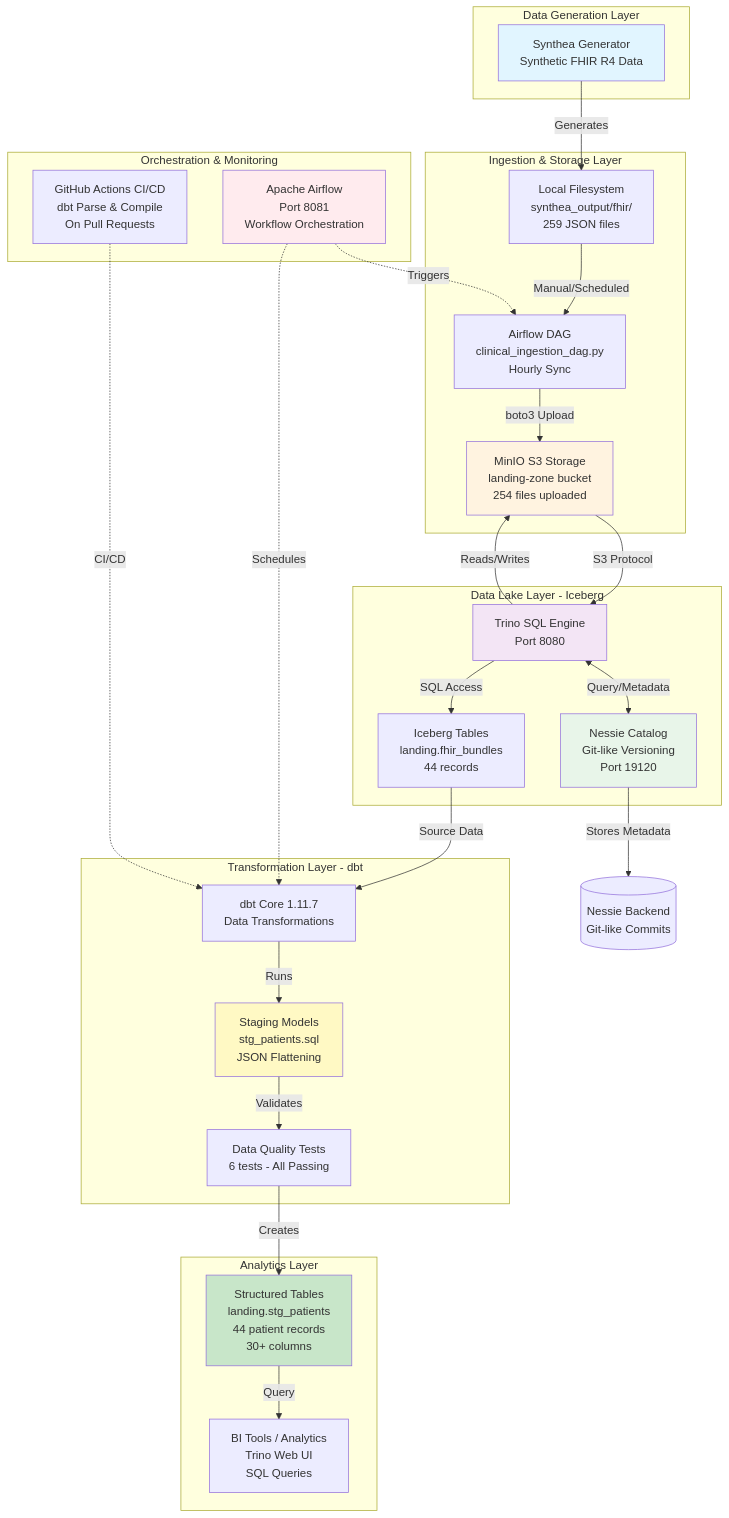
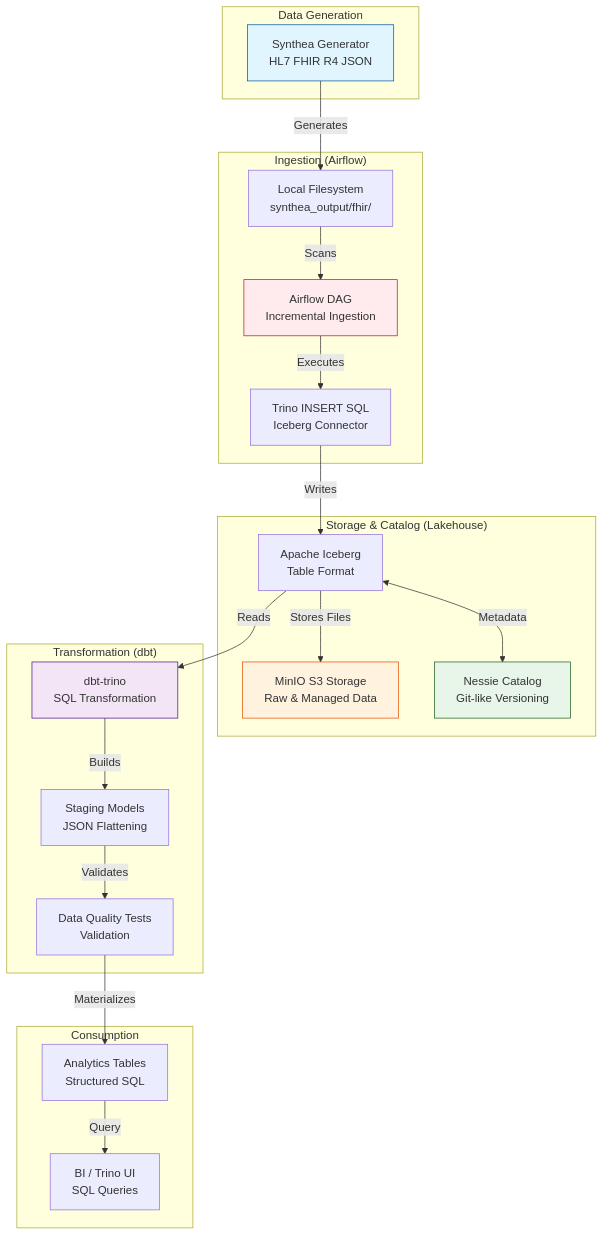
Before and after one commit to meedaycodes/healthcare-data-mesh: the diagram in DATAFLOW_DIAGRAM.md, drawn with Mermaid. The commit also changed other lines of this file and 5 other files, not shown here.

Commit message:
docs: overhaul documentation with senior architect-level README and updated dataflow diagram

````diff
--- a/DATAFLOW_DIAGRAM.md
+++ b/DATAFLOW_DIAGRAM.md
@@ -5,64 +9,49 @@
 ```mermaid
 graph TB
-    subgraph "Data Generation Layer"
-        A[Synthea Generator<br/>Synthetic FHIR R4 Data]
+    subgraph "Data Generation"
+        A[Synthea Generator<br/>HL7 FHIR R4 JSON]
     end
 
-    subgraph "Ingestion & Storage Layer"
-        B[Local Filesystem<br/>synthea_output/fhir/<br/>259 JSON files]
-        C[Airflow DAG<br/>clinical_ingestion_dag.py<br/>Hourly Sync]
-        D[MinIO S3 Storage<br/>landing-zone bucket<br/>254 files uploaded]
+    subgraph "Ingestion (Airflow)"
+        B[Local Filesystem<br/>synthea_output/fhir/]
+        C[Airflow DAG<br/>Incremental Ingestion]
+        D[Trino INSERT SQL<br/>Iceberg Connector]
     end
 
-    subgraph "Data Lake Layer - Iceberg"
-        E[Trino SQL Engine<br/>Port 8080]
-        F[Nessie Catalog<br/>Git-like Versioning<br/>Port 19120]
-        G[Iceberg Tables<br/>landing.fhir_bundles<br/>44 records]
+    subgraph "Storage & Catalog (Lakehouse)"
+        E[MinIO S3 Storage<br/>Raw & Managed Data]
+        F[Nessie Catalog<br/>Git-like Versioning]
+        G[Apache Iceberg<br/>Table Format]
     end
 
-    subgraph "Transformation Layer - dbt"
-        H[dbt Core 1.11.7<br/>Data Transformations]
-        I[Staging Models<br/>stg_patients.sql<br/>JSON Flattening]
-        J[Data Quality Tests<br/>6 tests - All Passing]
+    subgraph "Transformation (dbt)"
+        H[dbt-trino<br/>SQL Transformation]
+        I[Staging Models<br/>JSON Flattening]
+        J[Data Quality Tests<br/>Validation]
     end
 
-    subgraph "Analytics Layer"
-        K[Structured Tables<br/>landing.stg_patients<br/>44 patient records<br/>30+ columns]
-        L[BI Tools / Analytics<br/>Trino Web UI<br/>SQL Queries]
-    end
-
-    subgraph "Orchestration & Monitoring"
-        M[Apache Airflow<br/>Port 8081<br/>Workflow Orchestration]
-        N[GitHub Actions CI/CD<br/>dbt Parse & Compile<br/>On Pull Requests]
+    subgraph "Consumption"
+        K[Analytics Tables<br/>Structured SQL]
+        L[BI / Trino UI<br/>SQL Queries]
     end
 
     %% Data Flow
     A -->|Generates| B
-    B -->|Manual/Scheduled| C
-    C -->|boto3 Upload| D
-    D -->|S3 Protocol| E
-    E <-->|Query/Metadata| F
-    E -->|SQL Access| G
-    G -->|Source Data| H
-    H -->|Runs| I
+    B -->|Scans| C
+    C -->|Executes| D
+    D -->|Writes| G
+    G -->|Stores Files| E
+    G <-->|Metadata| F
+    G -->|Reads| H
+    H -->|Builds| I
     I -->|Validates| J
-    J -->|Creates| K
+    J -->|Materializes| K
     K -->|Query| L
 
-    %% Orchestration
-    M -.->|Triggers| C
-    M -.->|Schedules| H
-    N -.->|CI/CD| H
-
-    %% Storage Backend
-    F -->|Stores Metadata| F1[(Nessie Backend<br/>Git-like Commits)]
-    E -->|Reads/Writes| D
-
-    style A fill:#e1f5ff
-    style D fill:#fff3e0
-    style E fill:#f3e5f5
-    style F fill:#e8f5e9
-    style I fill:#fff9c4
-    style K fill:#c8e6c9
-    style M fill:#ffebee
+    %% Styling
+    style A fill:#e1f5fe,stroke:#01579b
+    style E fill:#fff3e0,stroke:#e65100
+    style F fill:#e8f5e9,stroke:#1b5e20
+    style H fill:#f3e5f5,stroke:#4a148c
+    style C fill:#ffebee,stroke:#b71c1c
 ```
````
